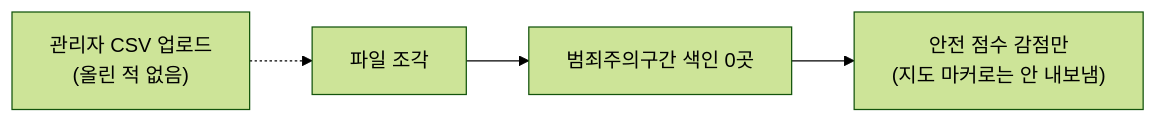
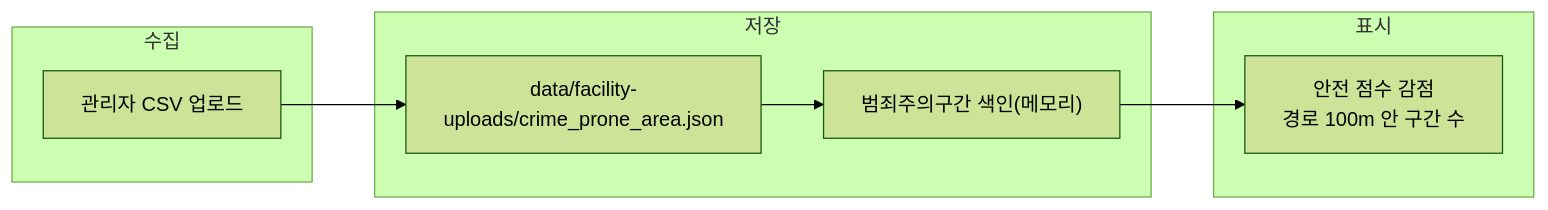
The diagram in docs/safety-spots/crime-prone-area.md (soo-ai-agent/bueongi-backend), drawn with Mermaid (forest theme) before and after one commit. The commit also changed other lines of this file and 7 other files, not shown here.

````diff
--- a/docs/safety-spots/crime-prone-area.md
+++ b/docs/safety-spots/crime-prone-area.md
@@ -14,6 +34,14 @@
 ```mermaid
 flowchart LR
-    UP["관리자 CSV 업로드<br/>(올린 적 없음)"] -.-> FILE["파일 조각"]
-    FILE --> IDX["범죄주의구간 색인 0곳"]
-    IDX --> USE["안전 점수 감점만<br/>(지도 마커로는 안 내보냄)"]
+    subgraph 수집
+        A["관리자 CSV 업로드"]
+    end
+    subgraph 저장
+        B["data/facility-uploads/crime_prone_area.json"] --> C["범죄주의구간 색인(메모리)"]
+    end
+    subgraph 표시
+        E["안전 점수 감점<br/>경로 100m 안 구간 수"]
+    end
+    A --> B
+    C --> E
 ```
````
